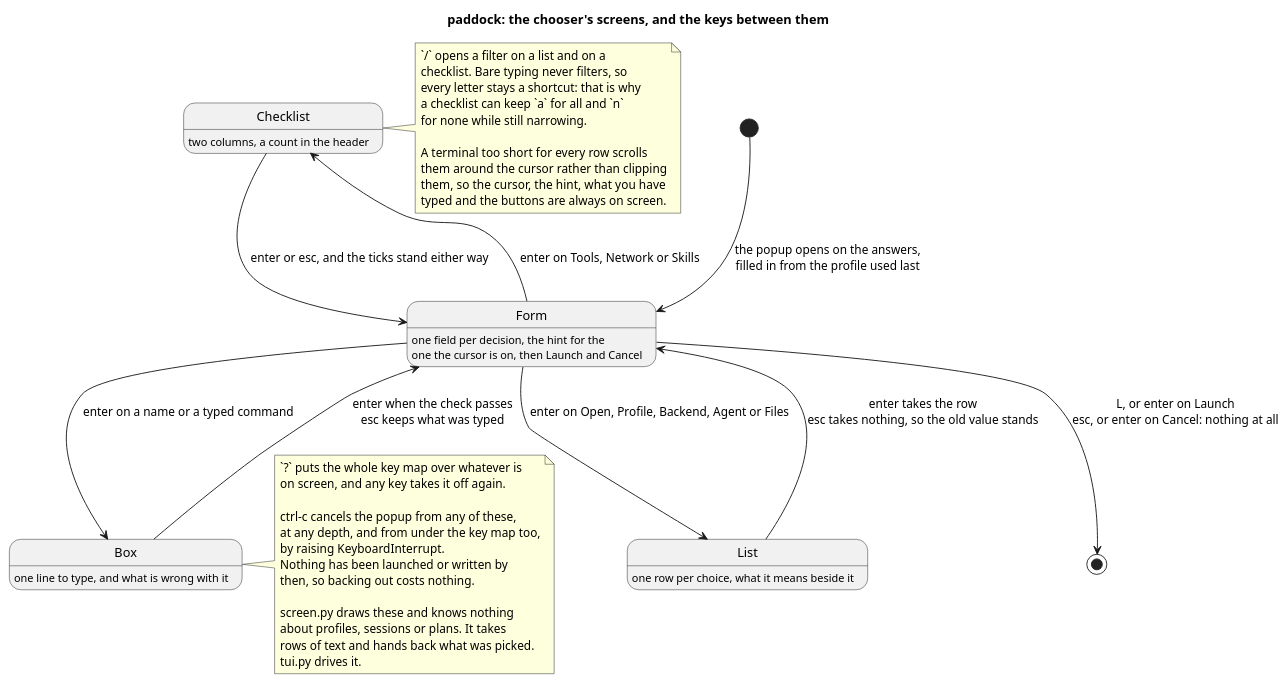
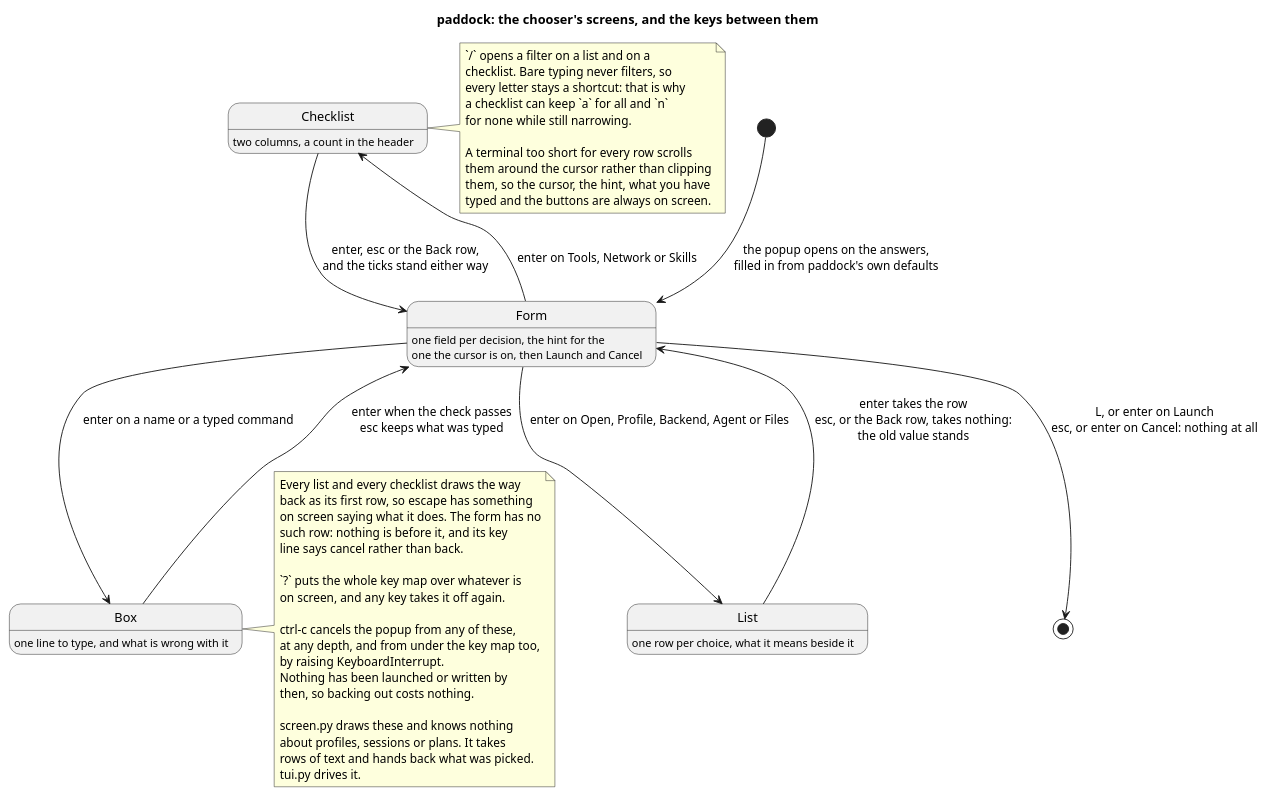
One commit to paddock-sh/paddock changed the diagram in docs/diagrams/chooser_keys.puml. Above: the diagram before and after it, drawn with PlantUML. The commit also changed 8 other files, not shown here.

```diff
--- a/docs/diagrams/chooser_keys.puml
+++ b/docs/diagrams/chooser_keys.puml
@@ -1,51 +1,57 @@
 @startuml chooser_keys
 title paddock: the chooser's screens, and the keys between them
 
 skinparam shadowing false
 hide empty description
 
-[*] --> Form : the popup opens on the answers,\nfilled in from the profile used last
+[*] --> Form : the popup opens on the answers,\nfilled in from paddock's own defaults
 
 state Form : one field per decision, the hint for the\none the cursor is on, then Launch and Cancel
 state "List" as Pick : one row per choice, what it means beside it
 state "Checklist" as Tick : two columns, a count in the header
 state "Box" as Type : one line to type, and what is wrong with it
 
 Form --> Pick : enter on Open, Profile, Backend, Agent or Files
 Form --> Tick : enter on Tools, Network or Skills
 Form --> Type : enter on a name or a typed command
-Pick --> Form : enter takes the row\nesc takes nothing, so the old value stands
-Tick --> Form : enter or esc, and the ticks stand either way
+Pick --> Form : enter takes the row\nesc, or the Back row, takes nothing:\nthe old value stands
+Tick --> Form : enter, esc or the Back row,\nand the ticks stand either way
 Type --> Form : enter when the check passes\nesc keeps what was typed
 Form --> [*] : L, or enter on Launch\nesc, or enter on Cancel: nothing at all
 
 note right of Tick
   `/` opens a filter on a list and on a
   checklist. Bare typing never filters, so
   every letter stays a shortcut: that is why
   a checklist can keep `a` for all and `n`
   for none while still narrowing.
 
   A terminal too short for every row scrolls
   them around the cursor rather than clipping
   them, so the cursor, the hint, what you have
   typed and the buttons are always on screen.
 end note
 
 note right of Type
+  Every list and every checklist draws the way
+  back as its first row, so escape has something
+  on screen saying what it does. The form has no
+  such row: nothing is before it, and its key
+  line says cancel rather than back.
+
   `?` puts the whole key map over whatever is
   on screen, and any key takes it off again.
 
   ctrl-c cancels the popup from any of these,
   at any depth, and from under the key map too,
   by raising KeyboardInterrupt.
   Nothing has been launched or written by
   then, so backing out costs nothing.
 
   screen.py draws these and knows nothing
   about profiles, sessions or plans. It takes
   rows of text and hands back what was picked.
   tui.py drives it.
 end note
 
 @enduml
```
